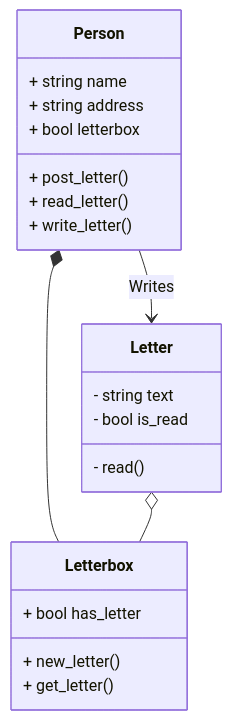
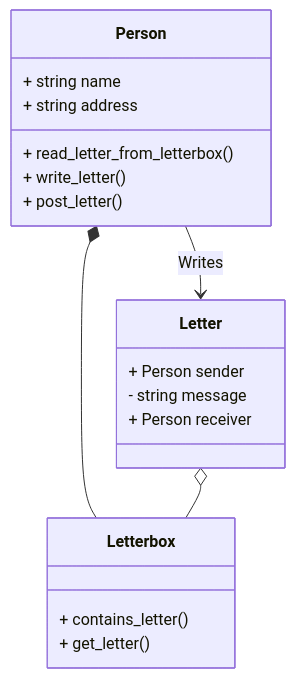
Before and after one commit to MightyMuso/Applied-Python-AT1: the first of 5 diagrams in uml.md, drawn with Mermaid. The commit also changed 2 other files, not shown here.

Commit message:
Added unittest testcase.py

````diff
--- a/uml.md
+++ b/uml.md
@@ -1,25 +1,23 @@
 ``` mermaid
 classDiagram
     class Person {
         + string name
         + string address
-        + bool letterbox
+        + read_letter_from_letterbox()
+        + write_letter()
         + post_letter()
-        + read_letter()
-        + write_letter()
     }
     class Letter {
-        - string text
-        - bool is_read
-        - read()
+        + Person sender
+        - string message
+        + Person receiver
     }
     class Letterbox {
-        + bool has_letter
-        + new_letter()
+        + contains_letter()
         + get_letter()     
     }
     Person *-- Letterbox
     Person --> Letter: Writes
     Letter o-- Letterbox
     Letterbox 
 ```
````
